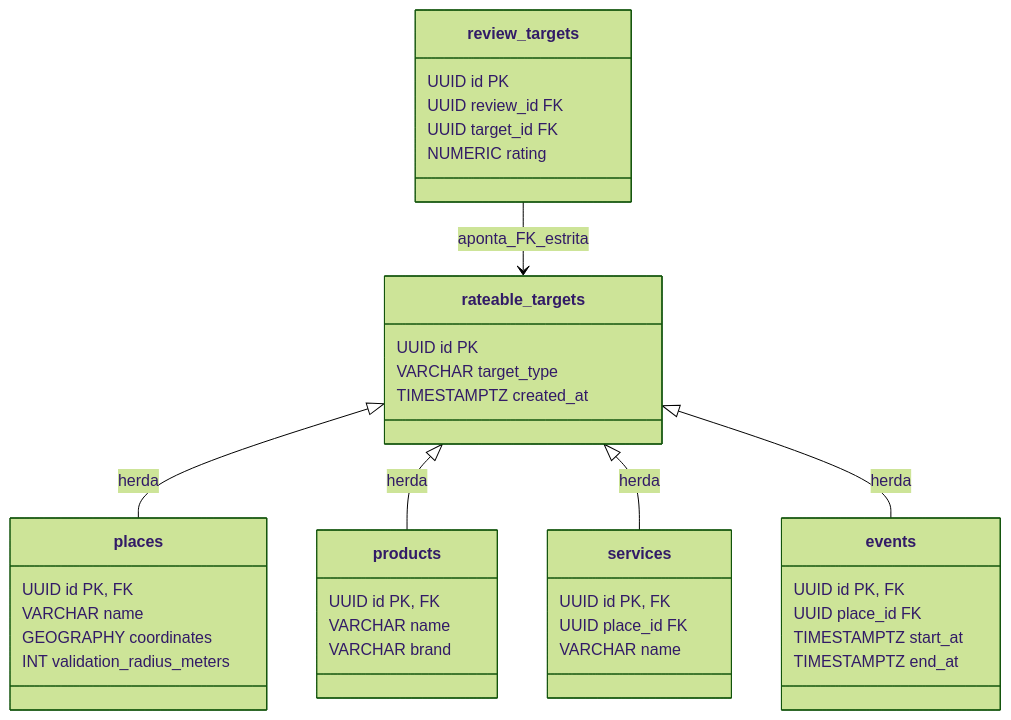
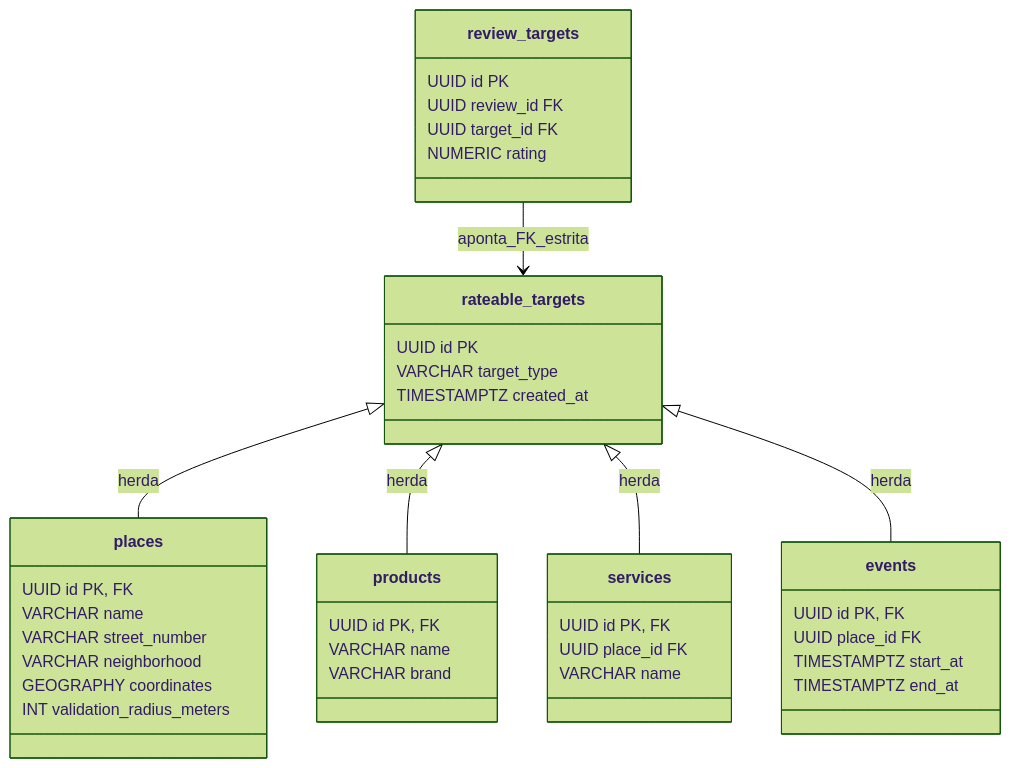
Before and after one commit to VictorGHss/Rewit: the diagram in docs/database/schema-overview.md, drawn with Mermaid (forest theme). The commit also changed other lines of this file and 23 other files, not shown here.

````diff
--- a/docs/database/schema-overview.md
+++ b/docs/database/schema-overview.md
@@ -24,47 +24,49 @@
 ```mermaid
 classDiagram
     class rateable_targets {
         UUID id PK
         VARCHAR target_type
         TIMESTAMPTZ created_at
     }
 
     class places {
         UUID id PK, FK
         VARCHAR name
+        VARCHAR street_number
+        VARCHAR neighborhood
         GEOGRAPHY coordinates
         INT validation_radius_meters
     }
 
     class products {
         UUID id PK, FK
         VARCHAR name
         VARCHAR brand
     }
 
     class services {
         UUID id PK, FK
         UUID place_id FK
         VARCHAR name
     }
 
     class events {
         UUID id PK, FK
         UUID place_id FK
         TIMESTAMPTZ start_at
         TIMESTAMPTZ end_at
     }
 
     class review_targets {
         UUID id PK
         UUID review_id FK
         UUID target_id FK
         NUMERIC rating
     }
 
     rateable_targets <|-- places : herda
     rateable_targets <|-- products : herda
     rateable_targets <|-- services : herda
     rateable_targets <|-- events : herda
     review_targets --> rateable_targets : aponta_FK_estrita
 ```
````
